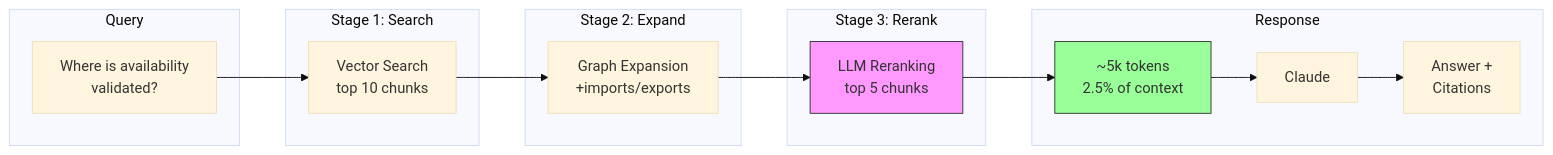
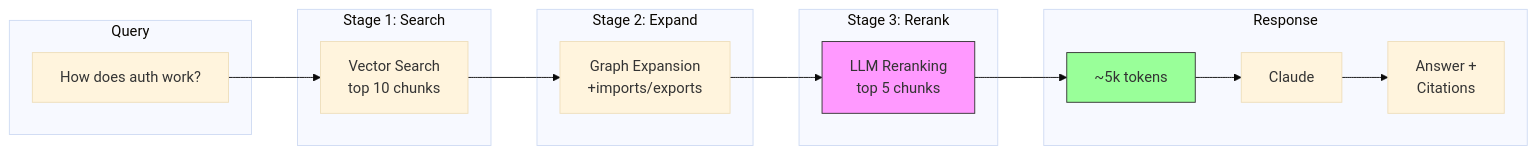
Before and after one commit to nicolascine/nexu: the second of 2 diagrams in README.md, drawn with Mermaid (base theme). The commit also changed other lines of this file and 1 other file, not shown here.

````diff
--- a/README.md
+++ b/README.md
@@ -43,29 +71,29 @@
 ```mermaid
 flowchart LR
     subgraph Query
-        Q["Where is availability<br/>validated?"]
+        Q["How does auth work?"]
     end
 
     subgraph "Stage 1: Search"
         VS[Vector Search<br/>top 10 chunks]
     end
 
     subgraph "Stage 2: Expand"
         GE[Graph Expansion<br/>+imports/exports]
     end
 
     subgraph "Stage 3: Rerank"
         RR[LLM Reranking<br/>top 5 chunks]
     end
 
     subgraph Response
-        CTX[~5k tokens<br/>2.5% of context]
+        CTX[~5k tokens]
         LLM[Claude]
         ANS[Answer +<br/>Citations]
     end
 
     Q --> VS --> GE --> RR --> CTX --> LLM --> ANS
 
     style RR fill:#f9f,stroke:#333
     style CTX fill:#9f9,stroke:#333
 ```
````
